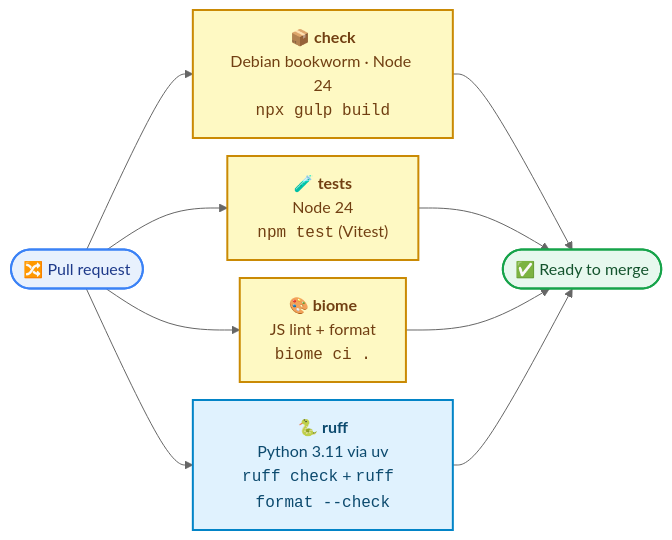
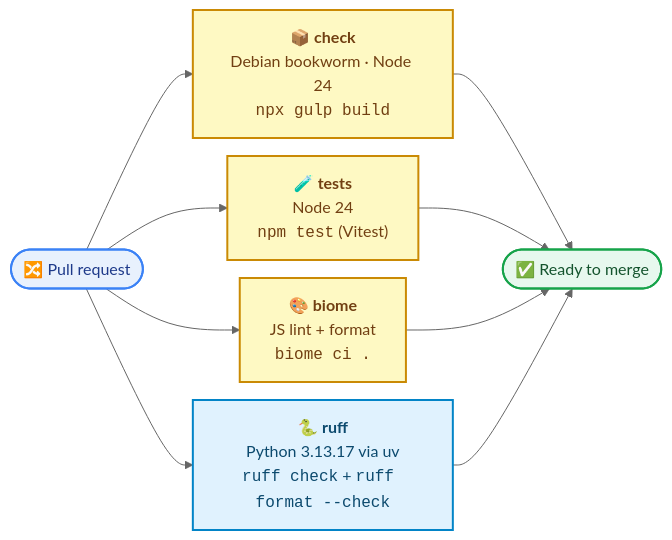
Before and after one commit to toolforge/video2commons: the second of 7 diagrams in docs/ci-cd.md, drawn with Mermaid (neutral theme). The commit also changed other lines of this file and 10 other files, not shown here.

````diff
--- a/docs/ci-cd.md
+++ b/docs/ci-cd.md
@@ -60,21 +60,21 @@
 ```mermaid
 %%{init: {"flowchart": {"curve": "basis", "nodeSpacing": 18}}}%%
 flowchart LR
     pr(["🔀 Pull request"]) --> check & tests & biome & ruff
 
     check["📦 <b>check</b><br/>Debian bookworm · Node 24<br/><code>npx gulp build</code>"]
     tests["🧪 <b>tests</b><br/>Node 24<br/><code>npm test</code> (Vitest)"]
     biome["🎨 <b>biome</b><br/>JS lint + format<br/><code>biome ci .</code>"]
-    ruff["🐍 <b>ruff</b><br/>Python 3.11 via uv<br/><code>ruff check</code> + <code>ruff format --check</code>"]
+    ruff["🐍 <b>ruff</b><br/>Python 3.13.17 via uv<br/><code>ruff check</code> + <code>ruff format --check</code>"]
 
     check & tests & biome & ruff --> ok(["✅ Ready to merge"])
 
     classDef start fill:#e8f1fd,stroke:#3b82f6,stroke-width:2px,color:#1e3a8a
     classDef js fill:#fef9c3,stroke:#ca8a04,stroke-width:2px,color:#713f12
     classDef py fill:#e0f2fe,stroke:#0284c7,stroke-width:2px,color:#0c4a6e
     classDef ok fill:#e7f8ee,stroke:#16a34a,stroke-width:2px,color:#14532d
     class pr start
     class check,tests,biome js
     class ruff py
     class ok ok
 ```
````
